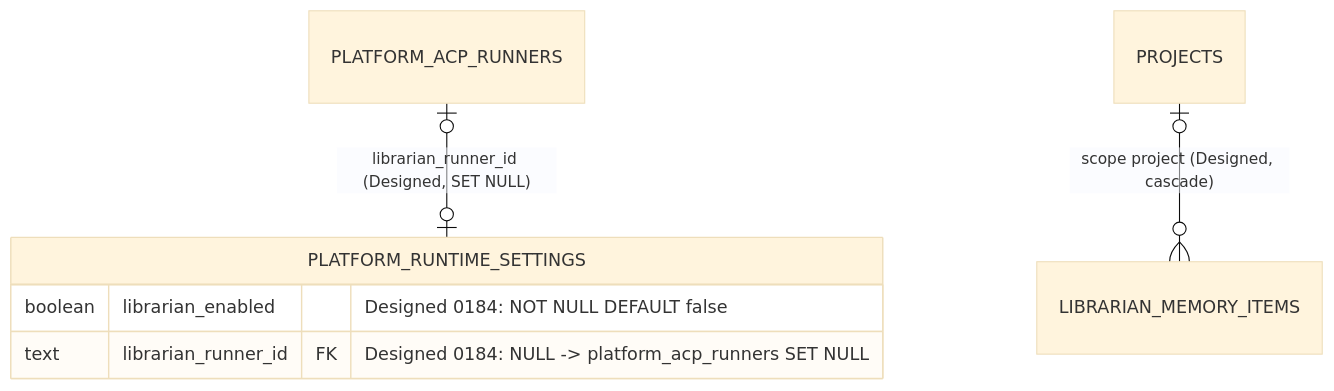
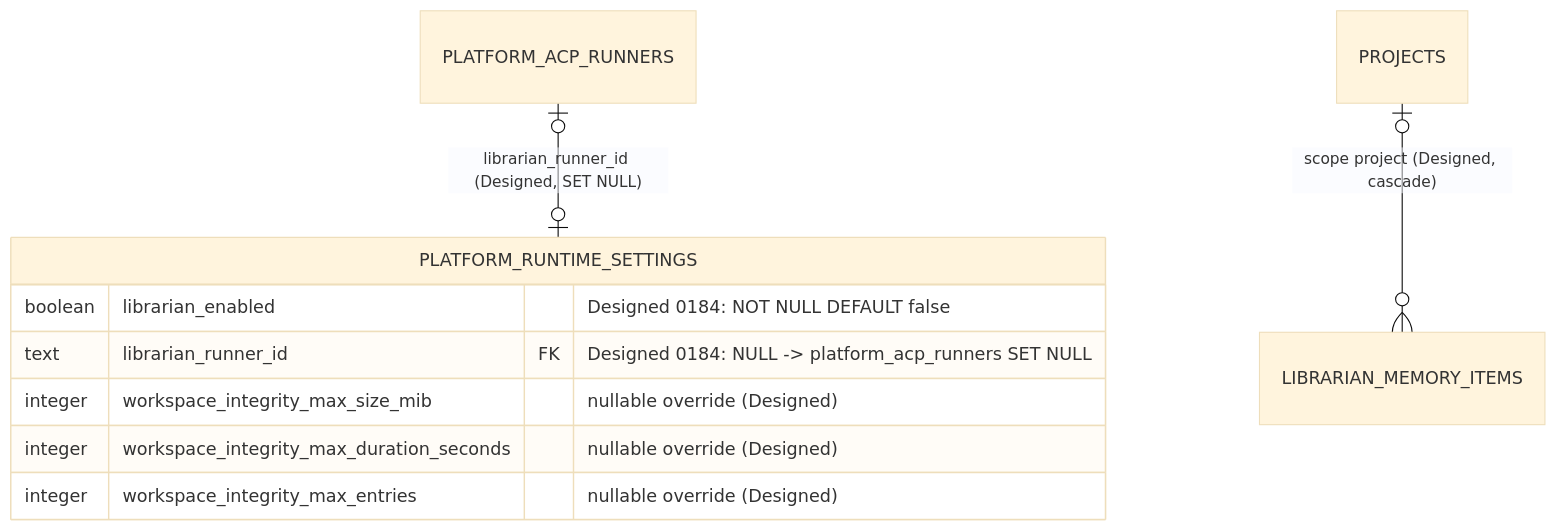
Before and after one commit to maister-dev/maister: the third of 4 diagrams in docs/db/projects-domain.md, drawn with Mermaid (base theme). The commit also changed 20 other files, not shown here.

Commit message:
feat(settings): persist workspace integrity limits

````diff
--- a/docs/db/projects-domain.md
+++ b/docs/db/projects-domain.md
@@ -214,10 +214,13 @@
 ```mermaid
 erDiagram
     PLATFORM_ACP_RUNNERS |o--o| PLATFORM_RUNTIME_SETTINGS : "librarian_runner_id (Designed, SET NULL)"
     PROJECTS |o--o{ LIBRARIAN_MEMORY_ITEMS : "scope project (Designed, cascade)"
 
     PLATFORM_RUNTIME_SETTINGS {
         boolean librarian_enabled "Designed 0184: NOT NULL DEFAULT false"
         text librarian_runner_id FK "Designed 0184: NULL -> platform_acp_runners SET NULL"
+        integer workspace_integrity_max_size_mib "nullable override (Designed)"
+        integer workspace_integrity_max_duration_seconds "nullable override (Designed)"
+        integer workspace_integrity_max_entries "nullable override (Designed)"
     }
 ```
````
